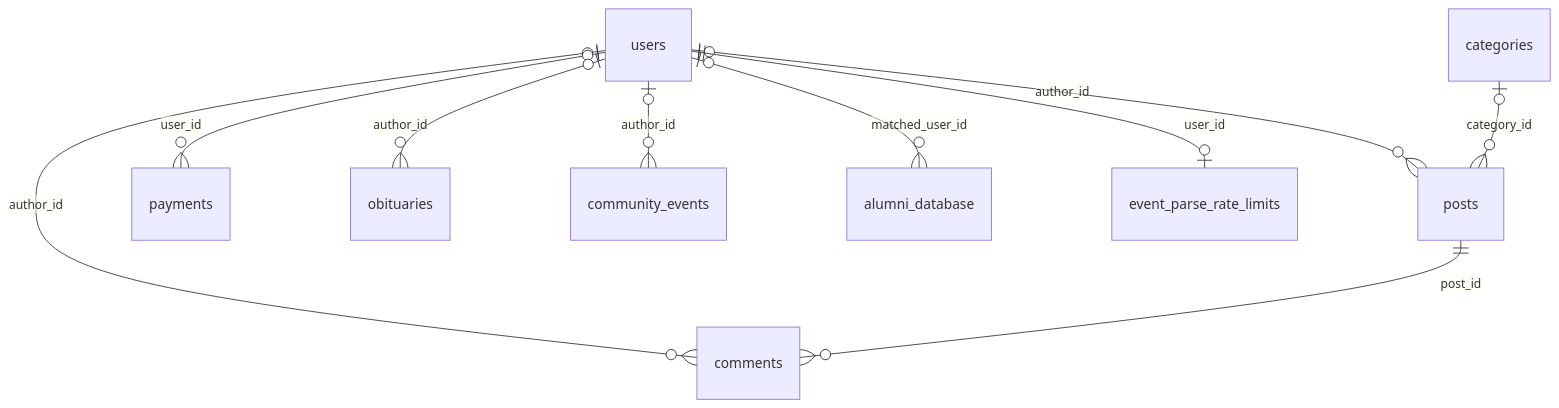
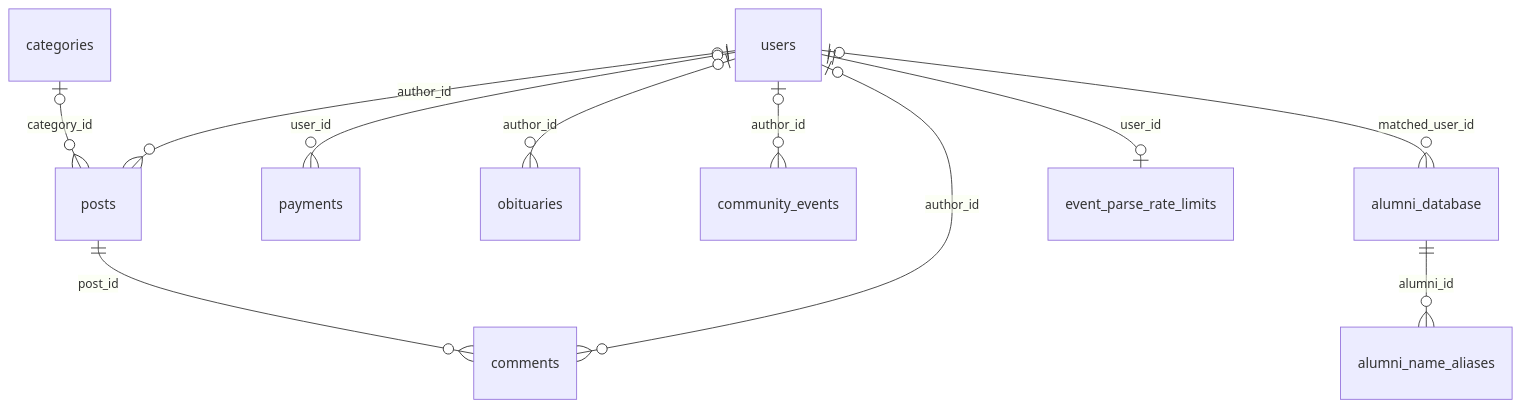
Before and after one commit to Raphael-KR/dgkmaWeb: the first of 2 diagrams in docs/database-schema.md, drawn with Mermaid. The commit also changed other lines of this file and 5 other files, not shown here.

````diff
--- a/docs/database-schema.md
+++ b/docs/database-schema.md
@@ -55,12 +56,13 @@
 ```mermaid
 erDiagram
   users o|--o{ posts : author_id
   users o|--o{ comments : author_id
   users o|--o{ payments : user_id
   users o|--o{ obituaries : author_id
   users o|--o{ community_events : author_id
   users o|--o{ alumni_database : matched_user_id
+  alumni_database ||--o{ alumni_name_aliases : alumni_id
   users ||--o| event_parse_rate_limits : user_id
   categories o|--o{ posts : category_id
   posts ||--o{ comments : post_id
 ```
````
